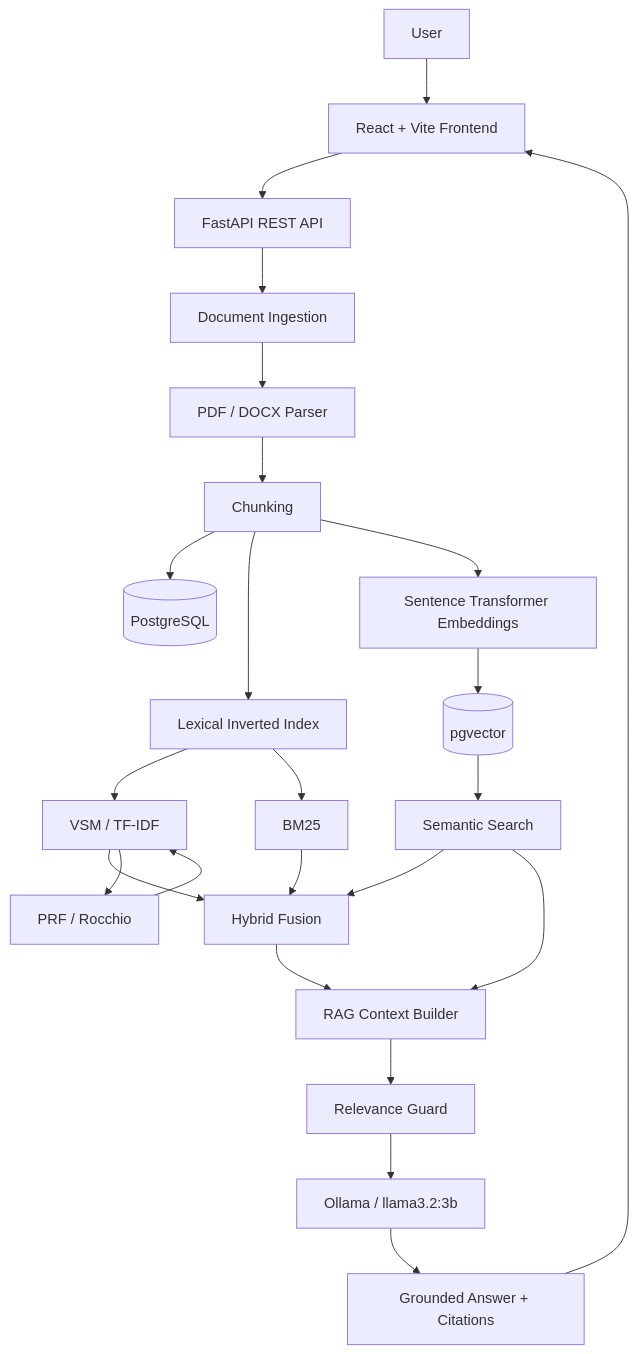
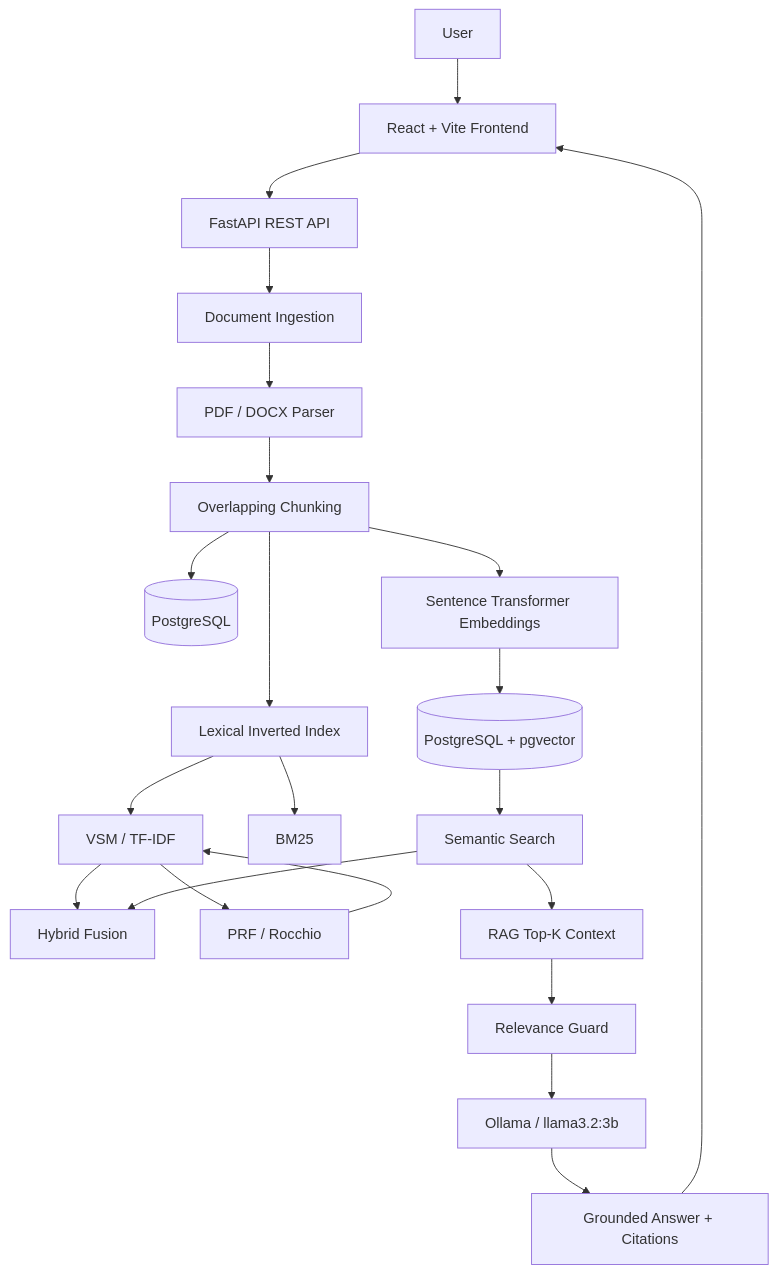
One commit to AylaNasiri/mir-rag-search-engine changed the diagram in README.md. Above: the diagram before and after it, drawn with Mermaid. The commit also changed other lines of this file, not shown here.

````diff
--- a/README.md
+++ b/README.md
@@ -48,33 +54,31 @@
 ```mermaid
 flowchart TD
     U[User] --> FE[React + Vite Frontend]
     FE --> API[FastAPI REST API]
 
     API --> INGEST[Document Ingestion]
     INGEST --> PARSER[PDF / DOCX Parser]
-    PARSER --> CHUNK[Chunking]
+    PARSER --> CHUNK[Overlapping Chunking]
 
     CHUNK --> DB[(PostgreSQL)]
     CHUNK --> LEX[Lexical Inverted Index]
     CHUNK --> EMB[Sentence Transformer Embeddings]
 
-    EMB --> VDB[(pgvector)]
+    EMB --> VDB[(PostgreSQL + pgvector)]
 
     LEX --> VSM[VSM / TF-IDF]
     LEX --> BM25[BM25]
     VDB --> SEM[Semantic Search]
 
     VSM --> HYB[Hybrid Fusion]
-    BM25 --> HYB
     SEM --> HYB
 
     VSM --> PRF[PRF / Rocchio]
     PRF --> VSM
 
-    HYB --> CTX[RAG Context Builder]
-    SEM --> CTX
+    SEM --> CTX[RAG Top-K Context]
     CTX --> GUARD[Relevance Guard]
     GUARD --> LLM[Ollama / llama3.2:3b]
     LLM --> ANSWER[Grounded Answer + Citations]
     ANSWER --> FE
 ```
````
